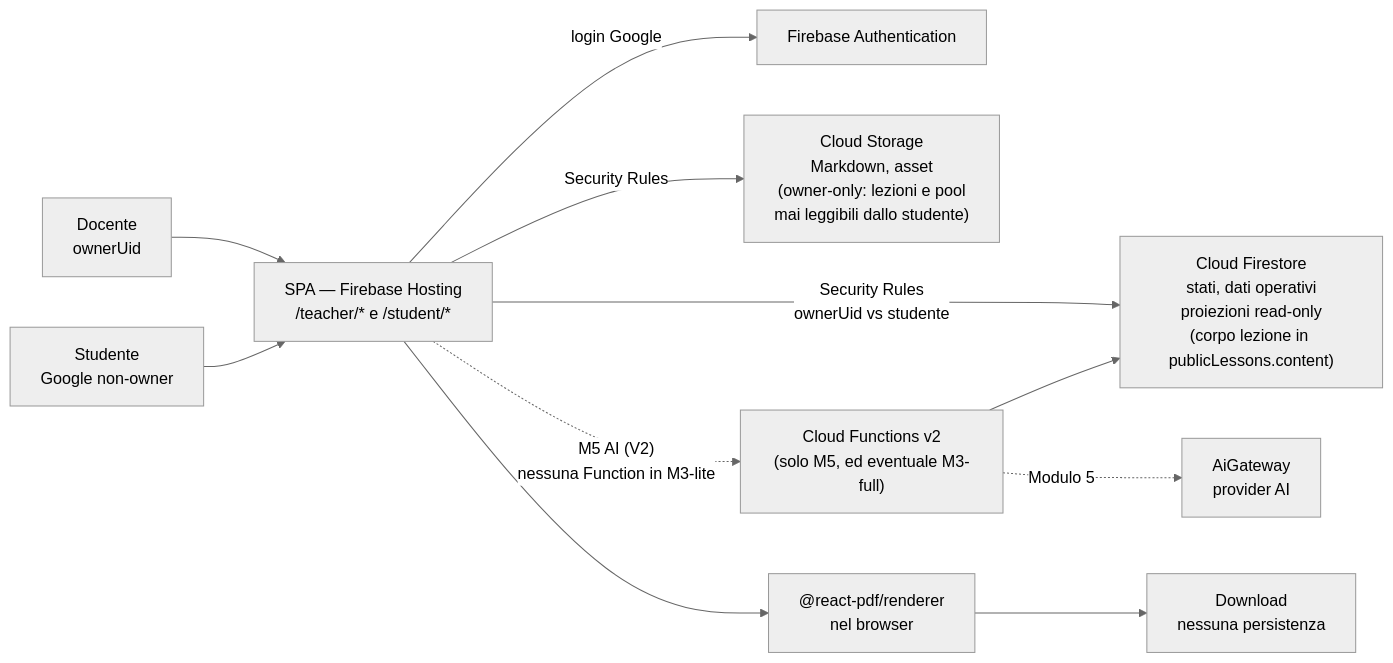
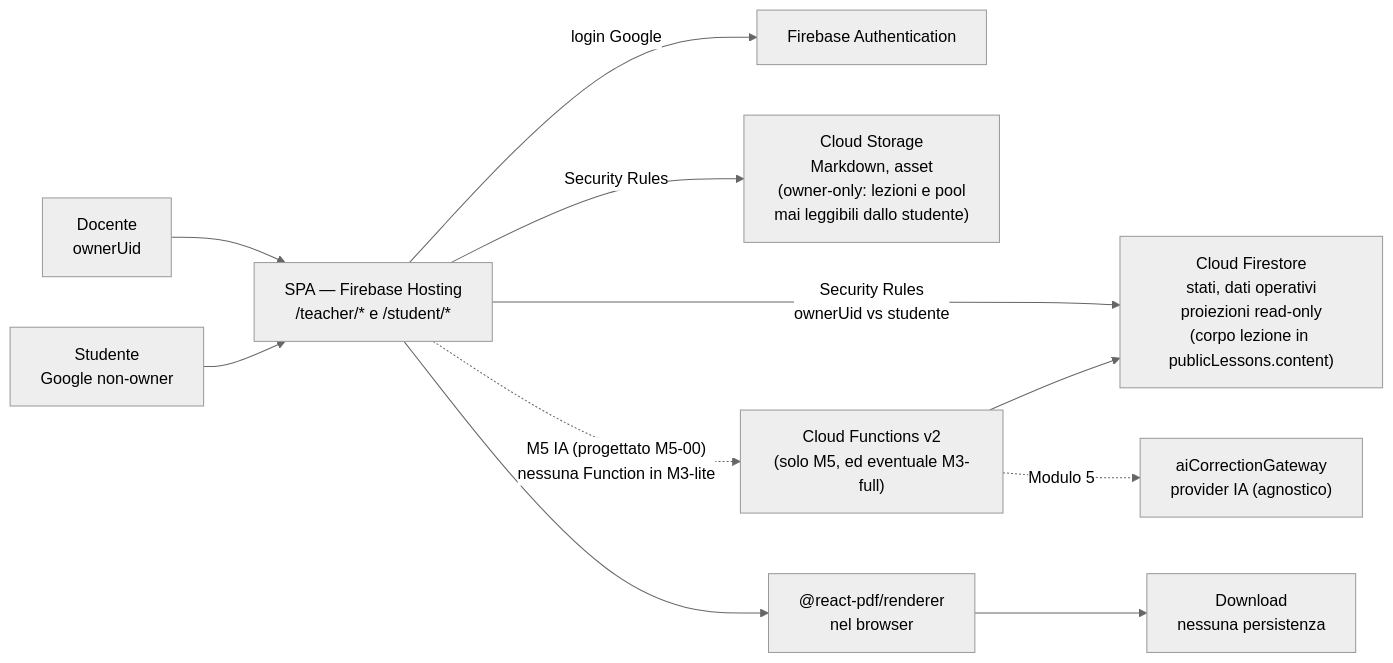
The first of 3 diagrams in documentazione/architettura.md (EnricoPaparo/SchoolForge), drawn with Mermaid (neutral theme) before and after one commit. The commit also changed other lines of this file and 7 other files, not shown here.

````diff
--- a/documentazione/architettura.md
+++ b/documentazione/architettura.md
@@ -210,16 +210,16 @@
 ```mermaid
 flowchart LR
     D["Docente\nownerUid"] --> SPA["SPA — Firebase Hosting\n/teacher/* e /student/*"]
     S["Studente\nGoogle non-owner"] --> SPA
 
     SPA -->|"login Google"| A["Firebase Authentication"]
     SPA -->|"Security Rules\nownerUid vs studente"| F["Cloud Firestore\nstati, dati operativi\nproiezioni read-only\n(corpo lezione in publicLessons.content)"]
     SPA -->|"Security Rules"| CS["Cloud Storage\nMarkdown, asset\n(owner-only: lezioni e pool\nmai leggibili dallo studente)"]
-    SPA -.->|"M5 AI (V2)\nnessuna Function in M3-lite"| CF["Cloud Functions v2\n(solo M5, ed eventuale M3-full)"]
+    SPA -.->|"M5 IA (progettato M5-00)\nnessuna Function in M3-lite"| CF["Cloud Functions v2\n(solo M5, ed eventuale M3-full)"]
 
     CF --> F
-    CF -. "Modulo 5" .-> AI["AiGateway\nprovider AI"]
+    CF -. "Modulo 5" .-> AI["aiCorrectionGateway\nprovider IA (agnostico)"]
 
     SPA --> PDF["@react-pdf/renderer\nnel browser"]
     PDF --> DL["Download\nnessuna persistenza"]
 ```
````
